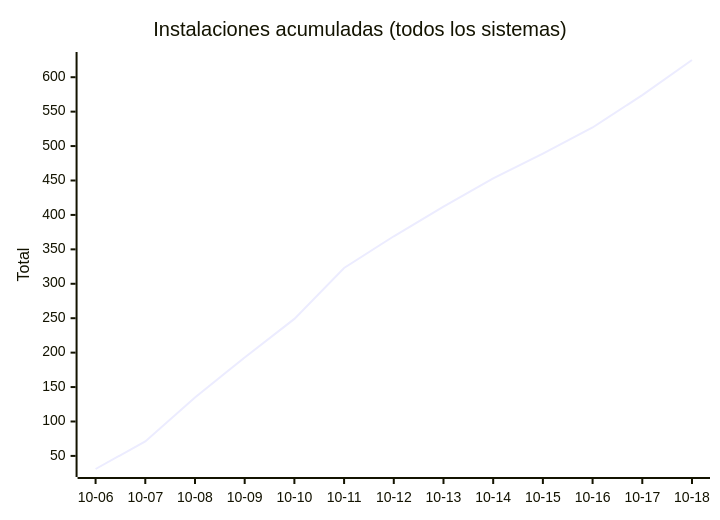
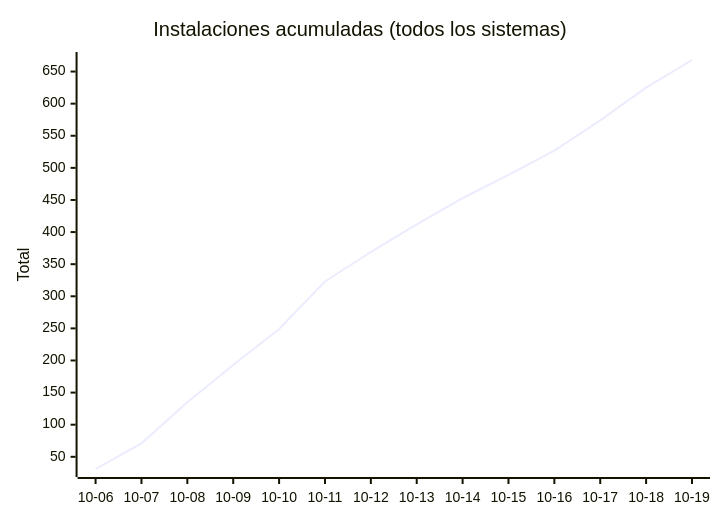
The seventh of 8 diagrams in README.md (EmuDeck/stats), drawn with Mermaid before and after one commit. The commit also changed other lines of this file and 2 other files, not shown here.

````diff
--- a/README.md
+++ b/README.md
@@ -76,7 +76,7 @@
 ```mermaid
 xychart-beta
     title "Instalaciones acumuladas (todos los sistemas)"
-    x-axis ["10-06", "10-07", "10-08", "10-09", "10-10", "10-11", "10-12", "10-13", "10-14", "10-15", "10-16", "10-17", "10-18"]
+    x-axis ["10-06", "10-07", "10-08", "10-09", "10-10", "10-11", "10-12", "10-13", "10-14", "10-15", "10-16", "10-17", "10-18", "10-19"]
     y-axis "Total"
-    line [31, 71, 135, 193, 249, 323, 369, 412, 453, 489, 527, 574, 625]
+    line [31, 71, 135, 193, 249, 323, 369, 412, 453, 489, 527, 574, 625, 668]
 ```
````
